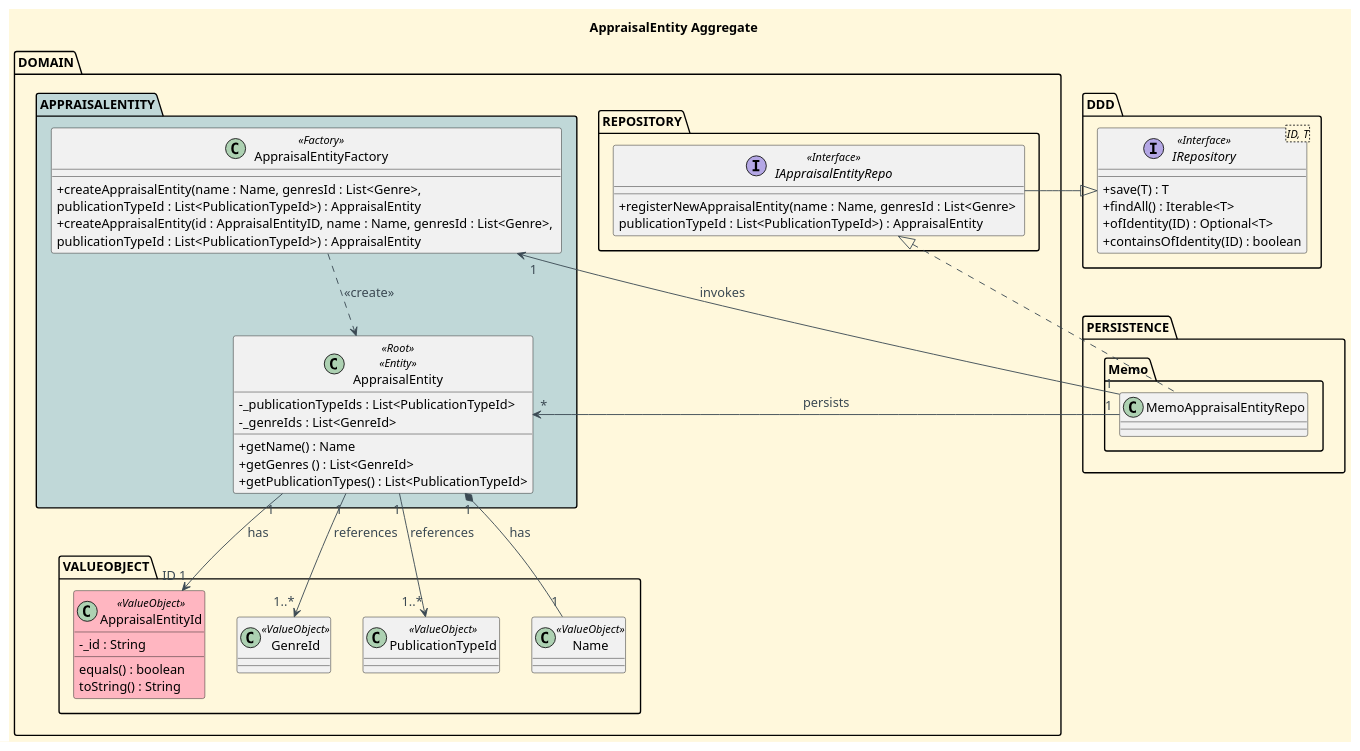
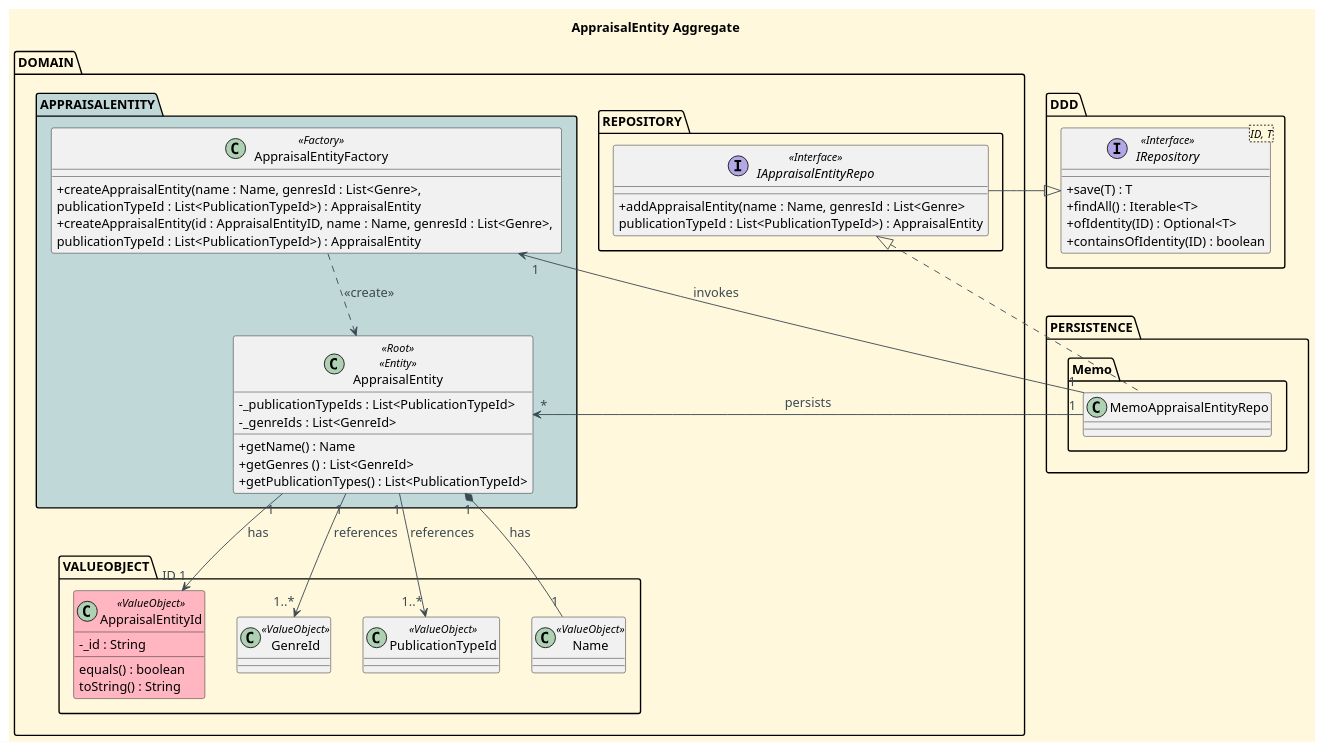
The diagram in docs/aggregates-diagrams/Appraisal_Entity_Aggregate.puml (CarolinaLeite-collab/JavaMarketplacePlatform), drawn with PlantUML before and after one commit.

Commit message:
docs: minor fixes to Appraisal Entity Aggregate Diagram - refs #457

```diff
--- a/docs/aggregates-diagrams/Appraisal_Entity_Aggregate.puml
+++ b/docs/aggregates-diagrams/Appraisal_Entity_Aggregate.puml
@@ -1,104 +1,104 @@
 @startuml
 
 '==== Title ====
 title AppraisalEntity Aggregate
 top to bottom direction
 
 '==== basic style ====
 skinparam monochrome false
 skinparam defaultFontName Futura
 skinparam objectFontSize 14
 skinparam backgroundColor CornSilk
 skinparam objectBackgroundColor WhiteSmoke
 skinparam noteBackgroundColor #FFFFE0
 skinparam ArrowFontColor #3B4953
 skinparam ArrowColor #3B4953
 skinparam ArrowFontSize 14
 skinparam PackageBorderColor #black
 skinparam classAttributeIconSize 0
 
 ' ===== Domain =====
 Package "DOMAIN" {
 
     Package "APPRAISALENTITY" <<Folder>> #c0d8d8 {
         class AppraisalEntity <<Root>> <<Entity>>  {
             -_publicationTypeIds : List<PublicationTypeId>
             -_genreIds : List<GenreId>
 
             +getName() : Name
             +getGenres () : List<GenreId>
             +getPublicationTypes() : List<PublicationTypeId>
             }
 
     class AppraisalEntityFactory <<Factory>> {
         +createAppraisalEntity(name : Name, genresId : List<Genre>, \npublicationTypeId : List<PublicationTypeId>) : AppraisalEntity
         +createAppraisalEntity(id : AppraisalEntityID, name : Name, genresId : List<Genre>, \npublicationTypeId : List<PublicationTypeId>) : AppraisalEntity
 
         }
     }
 
     package "REPOSITORY" <<Folder>> {
         interface IAppraisalEntityRepo <<Interface>> {
-            +registerNewAppraisalEntity(name : Name, genresId : List<Genre> \npublicationTypeId : List<PublicationTypeId>) : AppraisalEntity
+            +addAppraisalEntity(name : Name, genresId : List<Genre> \npublicationTypeId : List<PublicationTypeId>) : AppraisalEntity
         }
     }
 
     Package "VALUEOBJECT" {
         '== Value Objects (Ids) ==
         class AppraisalEntityId <<ValueObject>> #LightPink {
         -_id : String
 
         equals() : boolean
         toString() : String
         }
         class GenreId <<ValueObject>> {
 
         }
         class PublicationTypeId <<ValueObject>> {
 
         }
         ' ===== Value Objects =====
         class Name <<ValueObject>> {
 
         }
 
     }
 
 }
 
 ' ===== Repository =====
 package "PERSISTENCE" <<Folder>> {
 
     package "Memo" {
         class MemoAppraisalEntityRepo {
 
         }
 
     }
 
 }
 
 Package "DDD" {
     interface IRepository<ID, T> <<Interface>> {
         +save(T) : T
         +findAll() : Iterable<T>
         +ofIdentity(ID) : Optional<T>
         +containsOfIdentity(ID) : boolean
     }
 
 }
 
 ' ===== Interactions =====
 AppraisalEntity "1" --> "ID 1" AppraisalEntityId : has
 AppraisalEntity "1" --> "1..*" GenreId : references
 AppraisalEntity "1" --> "1..*" PublicationTypeId : references
 AppraisalEntity "1" *-- "1" Name : has
 AppraisalEntity "*" <- "1" MemoAppraisalEntityRepo : persists
 
 AppraisalEntityFactory ..> AppraisalEntity : <<create>>
 AppraisalEntityFactory "1"<- "1" MemoAppraisalEntityRepo : invokes
 
 IAppraisalEntityRepo <|. MemoAppraisalEntityRepo
 IAppraisalEntityRepo -|> IRepository
 
 @enduml
```
